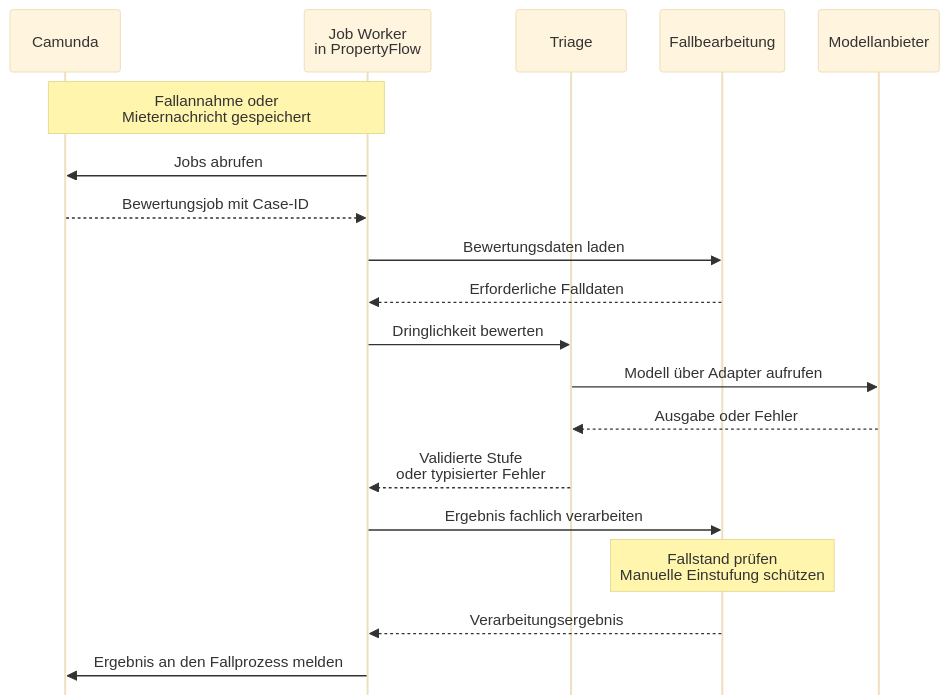
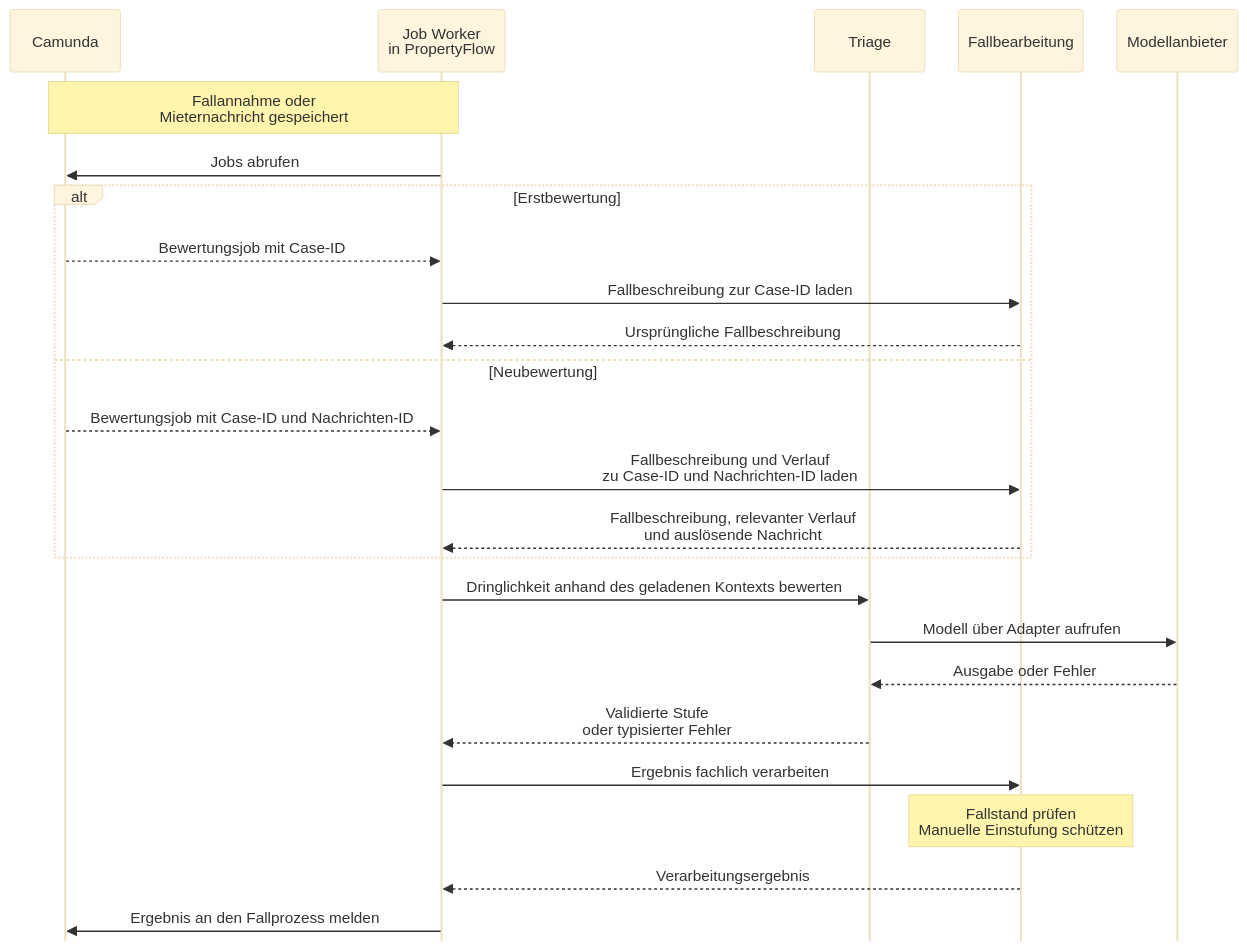
One commit to permarco/propertyflow changed the second of 2 diagrams in docs/use_cases/UC-016-dringlichkeit-automatisch-bewerten.md. Above: the diagram before and after it, drawn with Mermaid (base theme). The commit also changed other lines of this file and 20 other files, not shown here.

````diff
--- a/docs/use_cases/UC-016-dringlichkeit-automatisch-bewerten.md
+++ b/docs/use_cases/UC-016-dringlichkeit-automatisch-bewerten.md
@@ -49,29 +50,35 @@
 ```mermaid
 ---
 config:
   sequence:
     actorMargin: 35
     mirrorActors: false
     width: 115
 ---
 sequenceDiagram
     participant C as Camunda
     participant W as Job Worker<br/>in PropertyFlow
     participant T as Triage
     participant F as Fallbearbeitung
     participant M as Modellanbieter
 
     Note over C,W: Fallannahme oder<br/>Mieternachricht gespeichert
     W->>C: Jobs abrufen
-    C-->>W: Bewertungsjob mit Case-ID
-    W->>F: Bewertungsdaten laden
-    F-->>W: Erforderliche Falldaten
-    W->>T: Dringlichkeit bewerten
+    alt Erstbewertung
+        C-->>W: Bewertungsjob mit Case-ID
+        W->>F: Fallbeschreibung zur Case-ID laden
+        F-->>W: Ursprüngliche Fallbeschreibung
+    else Neubewertung
+        C-->>W: Bewertungsjob mit Case-ID und Nachrichten-ID
+        W->>F: Fallbeschreibung und Verlauf<br/>zu Case-ID und Nachrichten-ID laden
+        F-->>W: Fallbeschreibung, relevanter Verlauf<br/>und auslösende Nachricht
+    end
+    W->>T: Dringlichkeit anhand des geladenen Kontexts bewerten
     T->>M: Modell über Adapter aufrufen
     M-->>T: Ausgabe oder Fehler
     T-->>W: Validierte Stufe<br/>oder typisierter Fehler
     W->>F: Ergebnis fachlich verarbeiten
     Note over F: Fallstand prüfen<br/>Manuelle Einstufung schützen
     F-->>W: Verarbeitungsergebnis
     W->>C: Ergebnis an den Fallprozess melden
 ```
````
